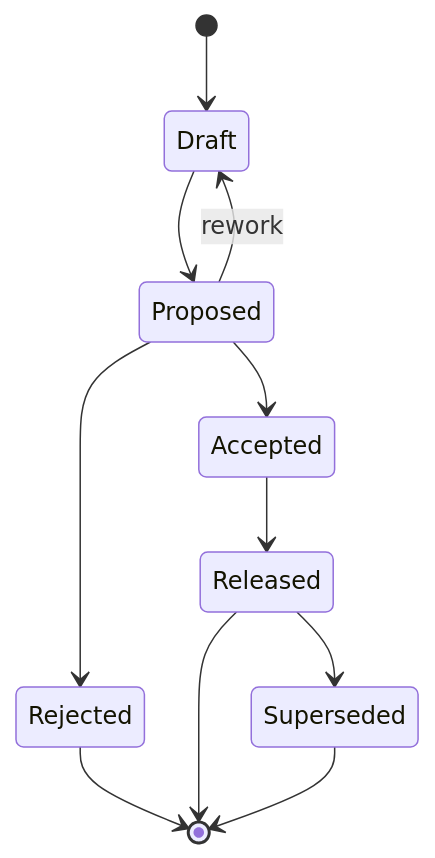
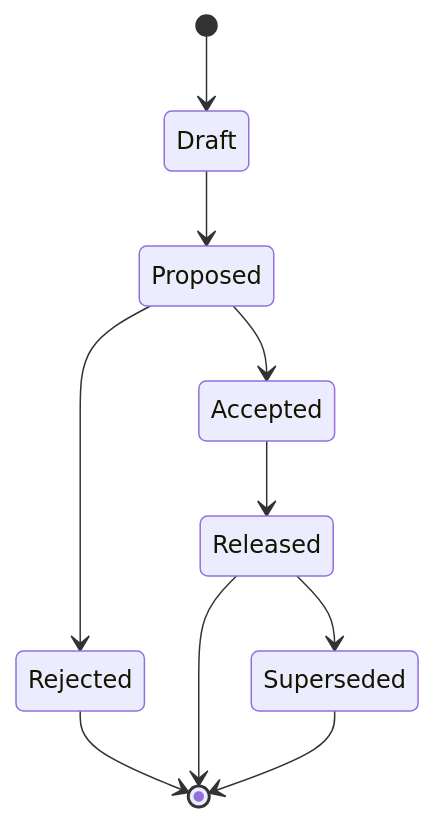
The diagram in src/001/11-proposal-lifecycle.adoc (kieranpotts/standards), drawn with Mermaid before and after one commit. The commit also changed other lines of this file and 1 other file, not shown here.

Commit message:
chore: remove proposed -> draft transition

```diff
--- a/src/001/11-proposal-lifecycle.adoc
+++ b/src/001/11-proposal-lifecycle.adoc
@@ -42,14 +42,13 @@
 [mermaid]
 ....
 stateDiagram-v2
   [*] --> Draft
   Draft --> Proposed
-  Proposed --> Draft: rework
   Proposed --> Accepted
   Proposed --> Rejected
   Accepted --> Released
   Released --> Superseded
   Rejected --> [*]
   Released --> [*]
   Superseded --> [*]
 ....
```
